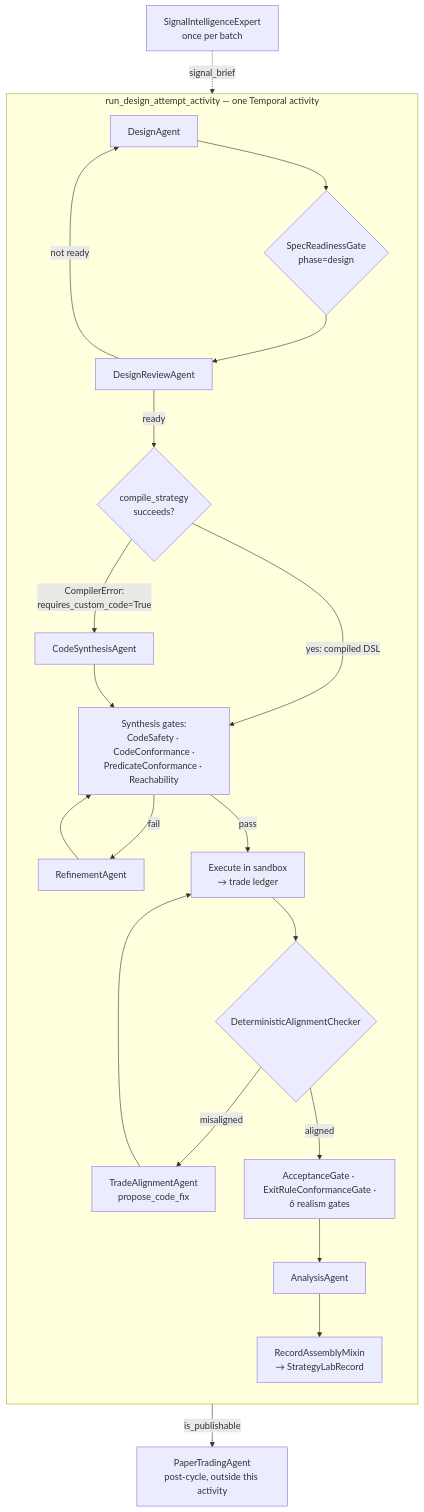
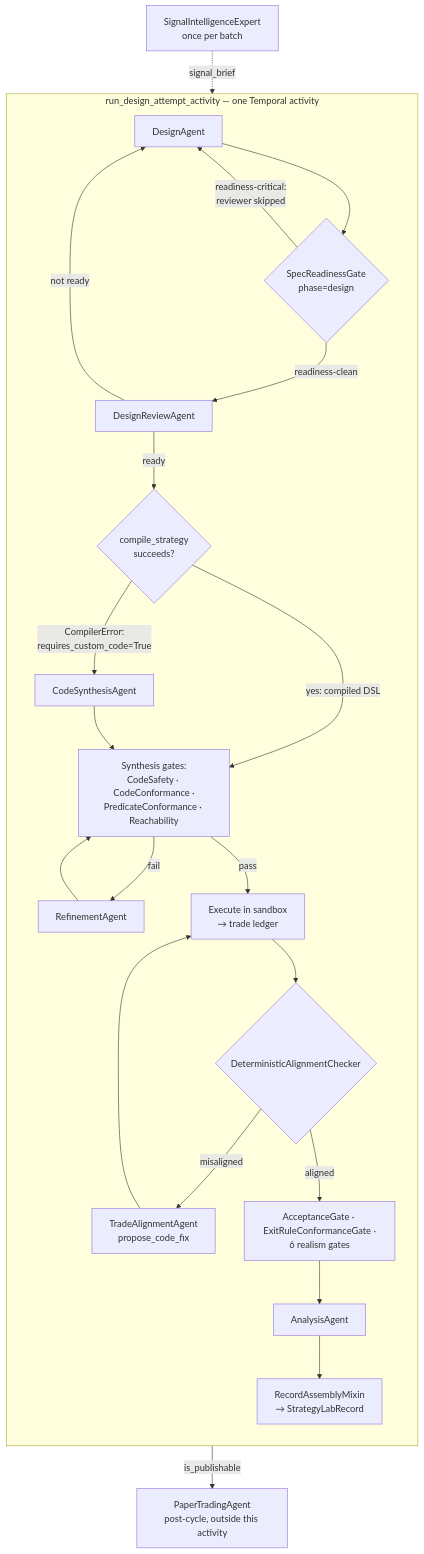
Before and after one commit to brandonkindred/Khala-Agentic-AI-Teams: the diagram in backend/agents/investment_team/system_design/generation_pipeline.md, drawn with Mermaid. The commit also changed other lines of this file and 1 other file, not shown here.

First line of the commit message:
docs(investment): fix three more review findings in Strategy Lab docs

````diff
--- a/backend/agents/investment_team/system_design/generation_pipeline.md
+++ b/backend/agents/investment_team/system_design/generation_pipeline.md
@@ -365,27 +372,28 @@
 ```mermaid
 flowchart TB
     subgraph attempt["run_design_attempt_activity — one Temporal activity"]
         direction TB
         D[DesignAgent] --> RG1{SpecReadinessGate<br/>phase=design}
-        RG1 --> DR[DesignReviewAgent]
+        RG1 -->|readiness-clean| DR[DesignReviewAgent]
+        RG1 -->|readiness-critical:<br/>reviewer skipped| D
         DR -->|ready| CS
         DR -->|not ready| D
         CS{compile_strategy<br/>succeeds?}
         CS -->|yes: compiled DSL| SYN
         CS -->|CompilerError:<br/>requires_custom_code=True| CSA[CodeSynthesisAgent]
         CSA --> SYN
         SYN[Synthesis gates:<br/>CodeSafety · CodeConformance ·<br/>PredicateConformance · Reachability]
         SYN -->|fail| RF[RefinementAgent]
         RF --> SYN
         SYN -->|pass| BT[Execute in sandbox<br/>→ trade ledger]
         BT --> AL{DeterministicAlignmentChecker}
         AL -->|misaligned| TAA[TradeAlignmentAgent<br/>propose_code_fix]
         TAA --> BT
         AL -->|aligned| VER[AcceptanceGate · ExitRuleConformanceGate ·<br/>6 realism gates]
         VER --> AN[AnalysisAgent]
         AN --> REC[RecordAssemblyMixin<br/>→ StrategyLabRecord]
     end
 
     SIE[SignalIntelligenceExpert<br/>once per batch] -.->|signal_brief| D
     REC -->|is_publishable| PTA[PaperTradingAgent<br/>post-cycle, outside this activity]
 ```
````
